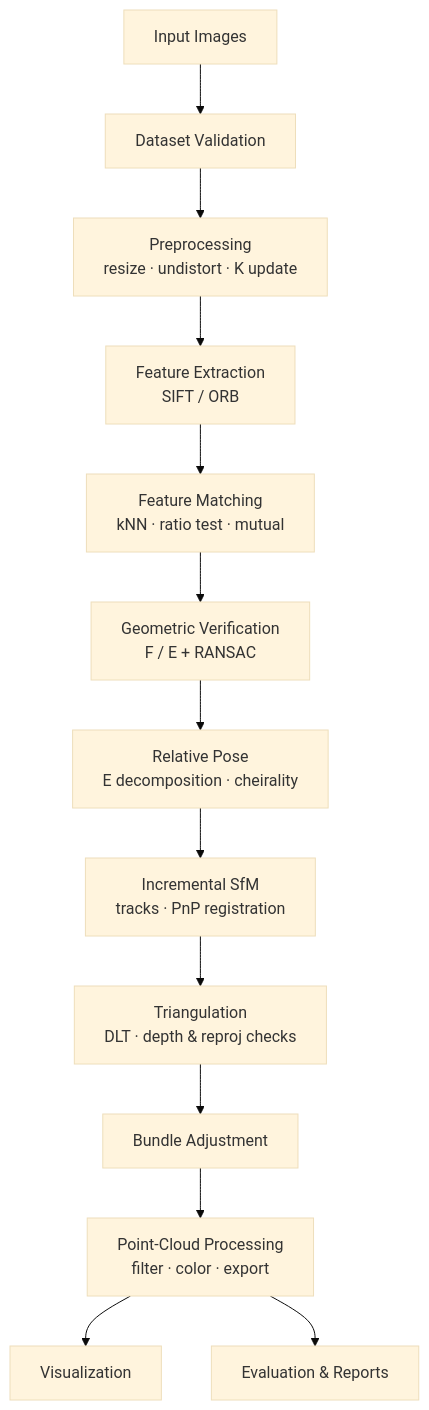
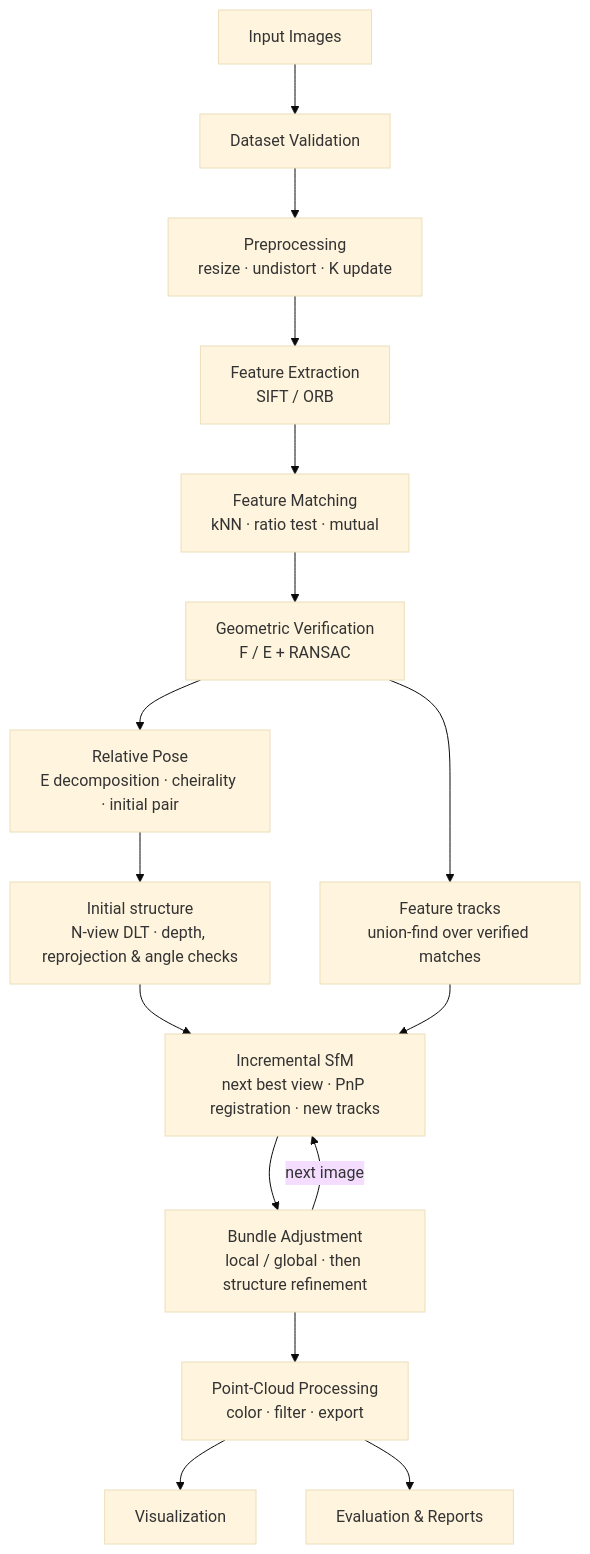
One commit to AggimallaAbhishek/Multi-View-3D-Reconstruction changed the diagram in README.md. Above: the diagram before and after it, drawn with Mermaid (base theme). The commit also changed other lines of this file and 18 other files, not shown here.

Commit message:
docs: add methodology, experiment results, and architecture documentation with figures

````diff
--- a/README.md
+++ b/README.md
@@ -117,15 +138,18 @@
 ```mermaid
 flowchart TD
     A[Input Images] --> B[Dataset Validation]
     B --> C[Preprocessing<br/>resize · undistort · K update]
     C --> D[Feature Extraction<br/>SIFT / ORB]
     D --> E[Feature Matching<br/>kNN · ratio test · mutual]
     E --> F[Geometric Verification<br/>F / E + RANSAC]
-    F --> G[Relative Pose<br/>E decomposition · cheirality]
-    G --> H[Incremental SfM<br/>tracks · PnP registration]
-    H --> I[Triangulation<br/>DLT · depth & reproj checks]
-    I --> J[Bundle Adjustment]
-    J --> K[Point-Cloud Processing<br/>filter · color · export]
+    F --> G[Relative Pose<br/>E decomposition · cheirality · initial pair]
+    G --> I[Initial structure<br/>N-view DLT · depth, reprojection & angle checks]
+    F --> T[Feature tracks<br/>union-find over verified matches]
+    I --> H[Incremental SfM<br/>next best view · PnP registration · new tracks]
+    T --> H
+    H --> J[Bundle Adjustment<br/>local / global · then structure refinement]
+    J -->|next image| H
+    J --> K[Point-Cloud Processing<br/>color · filter · export]
     K --> L[Visualization]
     K --> M[Evaluation & Reports]
 ```
````
